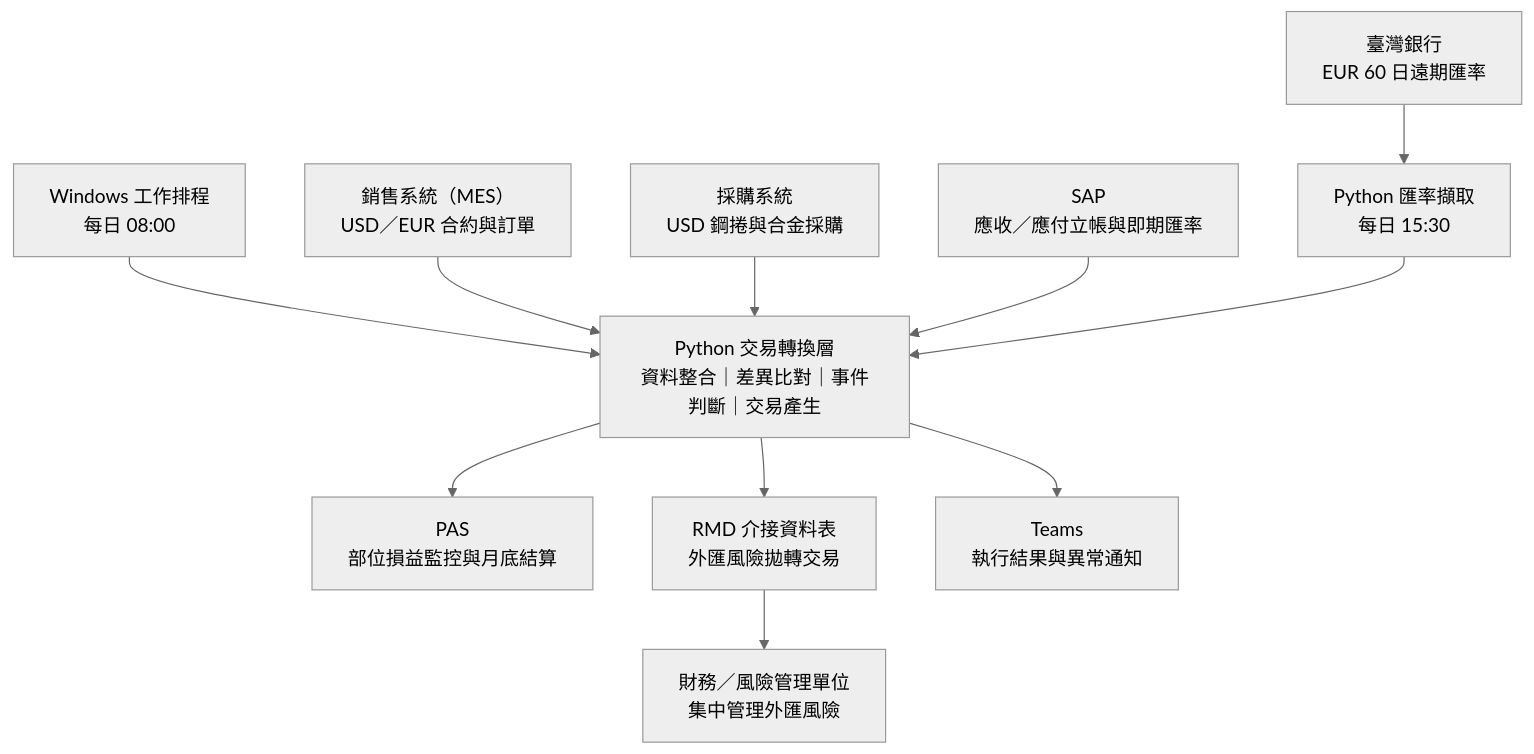
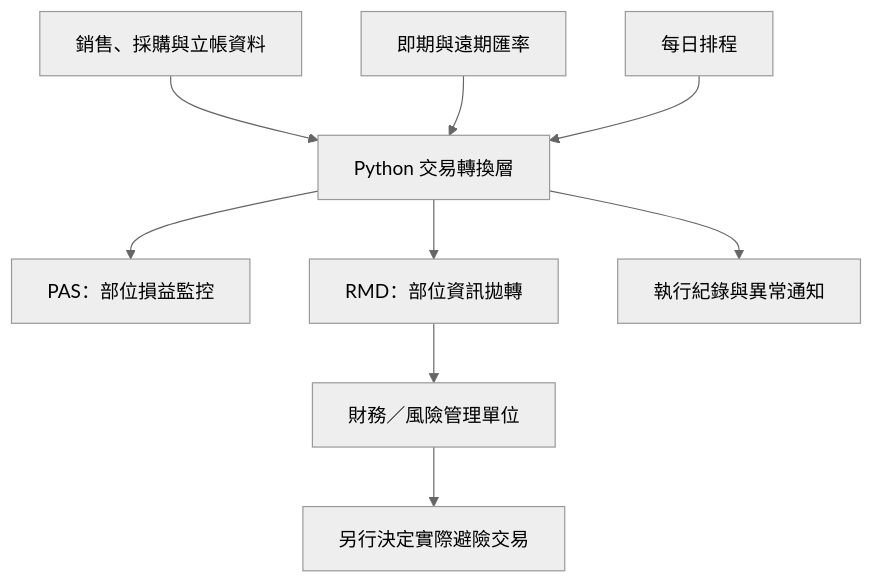
Before and after one commit to ChienChienChien/FX_Hedging_Automation: the diagram in README_ZH-TW.md, drawn with Mermaid (neutral theme). The commit also changed other lines of this file, not shown here.

````diff
--- a/README_ZH-TW.md
+++ b/README_ZH-TW.md
@@ -72,22 +50,13 @@
 ```mermaid
 flowchart TB
-    A["銷售系統（MES）<br/>USD／EUR 合約與訂單"]
-    B["採購系統<br/>USD 鋼捲與合金採購"]
-    C["SAP<br/>應收／應付立帳與即期匯率"]
-    D["臺灣銀行<br/>EUR 60 日遠期匯率"]
+    A["銷售、採購與立帳資料"] --> D["Python 交易轉換層"]
+    B["即期與遠期匯率"] --> D
+    C["每日排程"] --> D
 
-    D --> E["Python 匯率擷取<br/>每日 15:30"]
+    D --> E["PAS：部位損益監控"]
+    D --> F["RMD：部位資訊拋轉"]
+    D --> G["執行紀錄與異常通知"]
 
-    G["Windows 工作排程<br/>每日 08:00"] --> F
-    A --> F
-    B --> F
-    C --> F
-    E --> F
-
-    F["Python 交易轉換層<br/>資料整合｜差異比對｜事件判斷｜交易產生"]
-
-    F --> H["PAS<br/>部位損益監控與月底結算"]
-    F --> I["RMD 介接資料表<br/>外匯風險拋轉交易"]
-    I --> J["財務／風險管理單位<br/>集中管理外匯風險"]
-    F --> K["Teams<br/>執行結果與異常通知"]
+    F --> H["財務／風險管理單位"]
+    H --> I["另行決定實際避險交易"]
 ```
````
